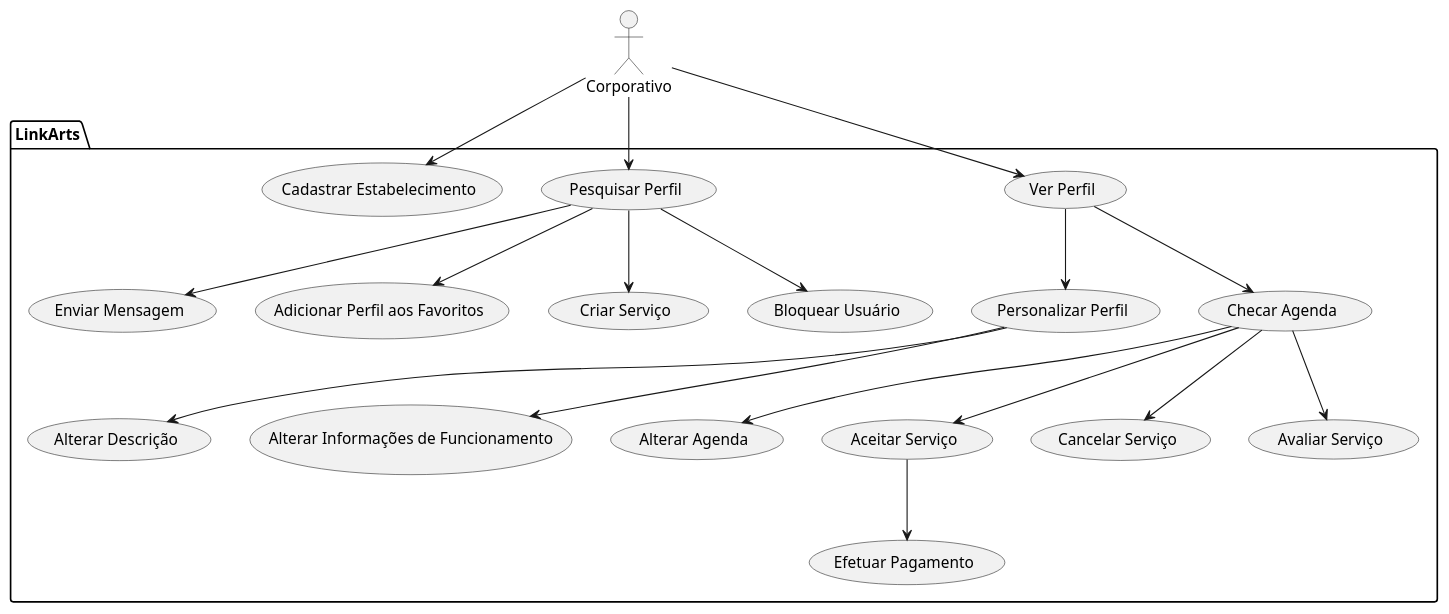
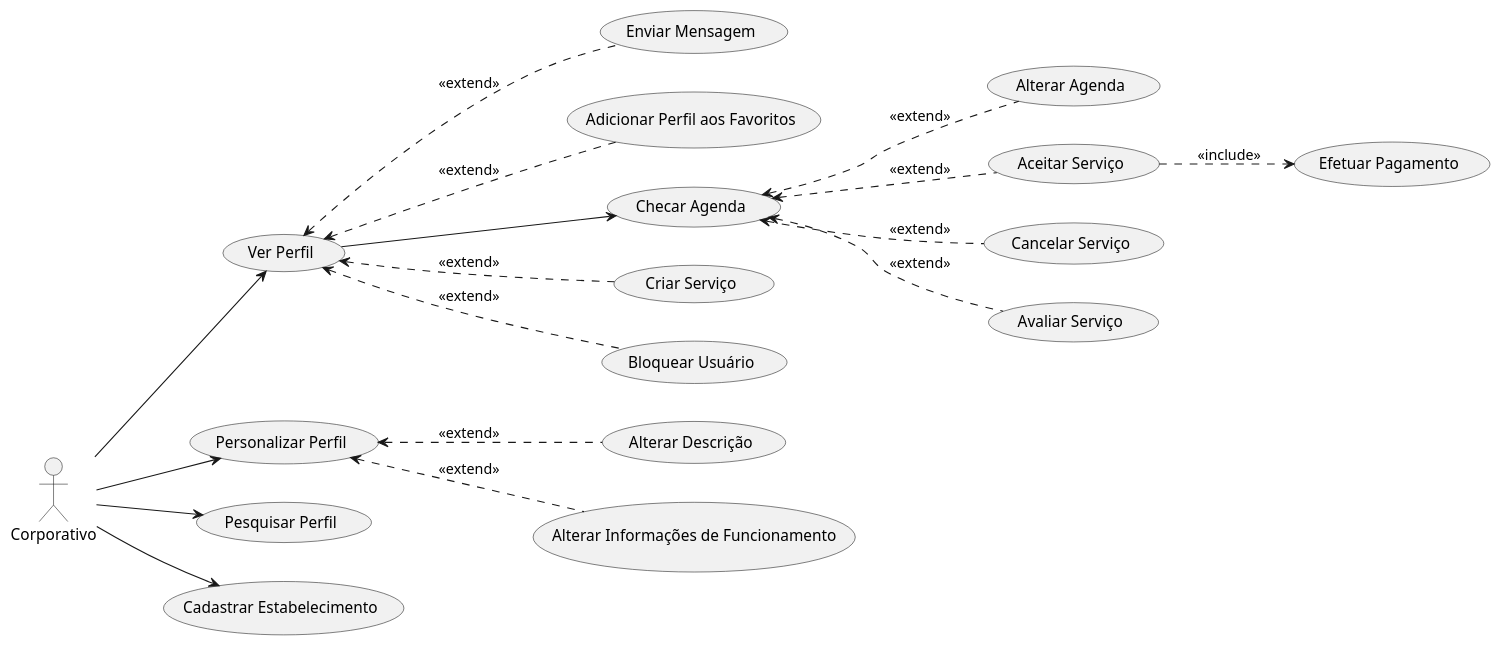
The diagram in Docs/Novos Casos de Uso/Corporativo.puml (TheKrauser/Engenharia-Software-II), drawn with PlantUML before and after one commit. The commit also changed 6 other files, not shown here.

First line of the commit message:
Diagramas de Caso de Uso

```diff
--- a/Docs/Novos Casos de Uso/Corporativo.puml
+++ b/Docs/Novos Casos de Uso/Corporativo.puml
@@ -1,43 +1,45 @@
-@startuml "use-cases"
+@startuml "Corporativo"
 'skinparam actorStyle awesome
 'skinparam linetype ortho
+left to right direction
 
 actor Corporativo as C
 
-package LinkArts{
-    usecase "Ver Perfil" as verPerfil
-    usecase "Personalizar Perfil" as personalizarPerfil
-    usecase "Enviar Mensagem" as enviarMensagem
-    usecase "Pesquisar Perfil" as pesquisarPerfil
-    usecase "Adicionar Perfil aos Favoritos" as adicionarFavoritos
-    usecase "Alterar Descrição" as alterarDescricao
-    usecase "Alterar Informações de Funcionamento" as alterarFuncionamento
-    usecase "Checar Agenda" as checarAgenda
-    usecase "Alterar Agenda" as alterarAgenda
-    usecase "Efetuar Pagamento" as efetuarPagamento
-    usecase "Criar Serviço" as criarServico
-    usecase "Aceitar Serviço" as aceitarServico
-    usecase "Cancelar Serviço" as cancelarServico
-    usecase "Avaliar Serviço" as avaliarServico
-    usecase "Bloquear Usuário" as bloquearUsuario
-    usecase "Cadastrar Estabelecimento" as cadastrarEstabelecimento
-}
+usecase "Ver Perfil" as verPerfil
+usecase "Personalizar Perfil" as personalizarPerfil
+usecase "Enviar Mensagem" as enviarMensagem
+usecase "Pesquisar Perfil" as pesquisarPerfil
+usecase "Adicionar Perfil aos Favoritos" as adicionarFavoritos
+usecase "Alterar Descrição" as alterarDescricao
+usecase "Alterar Informações de Funcionamento" as alterarFuncionamento
+usecase "Checar Agenda" as checarAgenda
+usecase "Alterar Agenda" as alterarAgenda
+usecase "Efetuar Pagamento" as efetuarPagamento
+usecase "Criar Serviço" as criarServico
+usecase "Aceitar Serviço" as aceitarServico
+usecase "Cancelar Serviço" as cancelarServico
+usecase "Avaliar Serviço" as avaliarServico
+usecase "Bloquear Usuário" as bloquearUsuario
+usecase "Cadastrar Estabelecimento" as cadastrarEstabelecimento
 
 C --> verPerfil
-verPerfil --> personalizarPerfil
-personalizarPerfil --> alterarDescricao
-personalizarPerfil --> alterarFuncionamento
+C --> personalizarPerfil
+'personalizarPerfil --> alterarDescricao
+'personalizarPerfil --> alterarFuncionamento
 verPerfil --> checarAgenda
-checarAgenda --> alterarAgenda
-checarAgenda --> aceitarServico
-checarAgenda --> cancelarServico
-checarAgenda --> avaliarServico
-aceitarServico --> efetuarPagamento
+checarAgenda <.. alterarAgenda : <<extend>>
+checarAgenda <.. aceitarServico : <<extend>>
+checarAgenda <.. cancelarServico : <<extend>>
+checarAgenda <.. avaliarServico : <<extend>>
+aceitarServico ..> efetuarPagamento : <<include>>
 C --> pesquisarPerfil
-pesquisarPerfil --> adicionarFavoritos
-pesquisarPerfil --> enviarMensagem
-pesquisarPerfil --> criarServico
-pesquisarPerfil --> bloquearUsuario
+verPerfil <.. adicionarFavoritos : <<extend>>
+verPerfil <.. enviarMensagem : <<extend>>
+verPerfil <.. criarServico : <<extend>>
+verPerfil <.. bloquearUsuario : <<extend>>
 C --> cadastrarEstabelecimento
 
+personalizarPerfil <.. alterarDescricao : <<extend>>
+personalizarPerfil <.. alterarFuncionamento : <<extend>>
+
 @enduml
```
